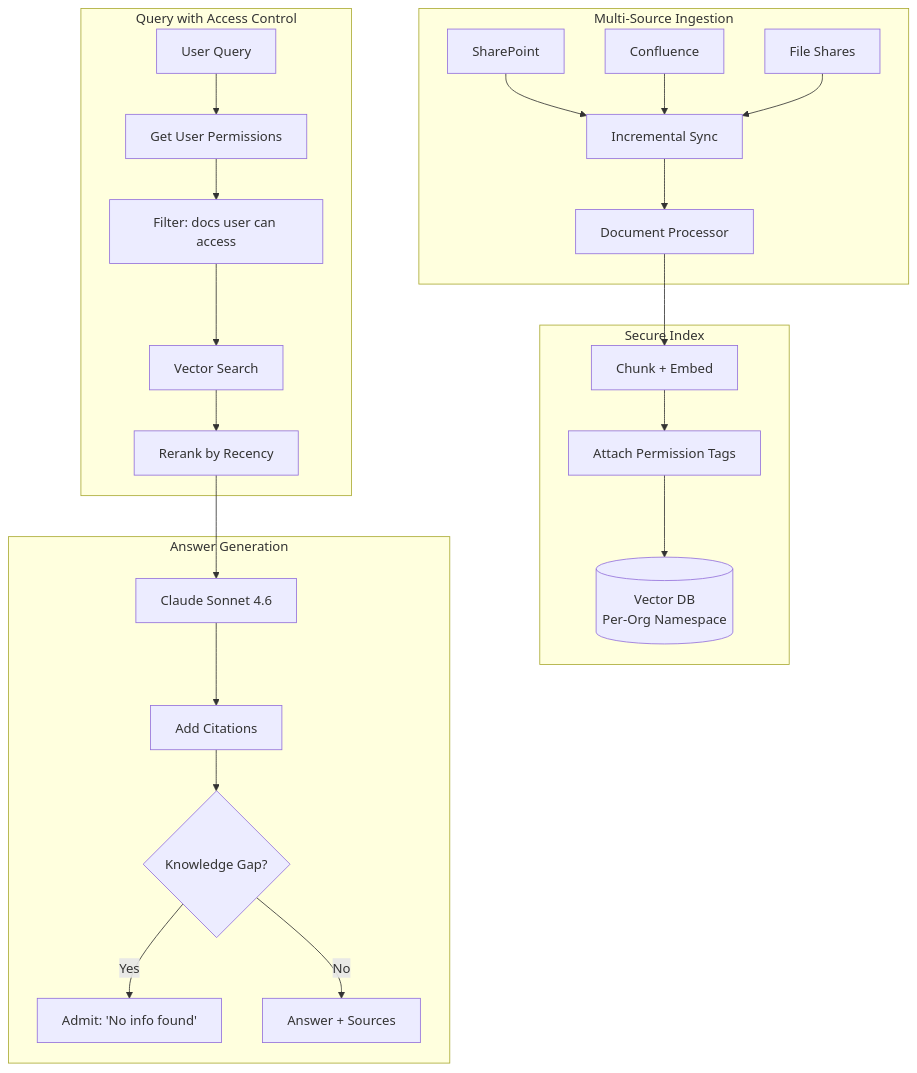
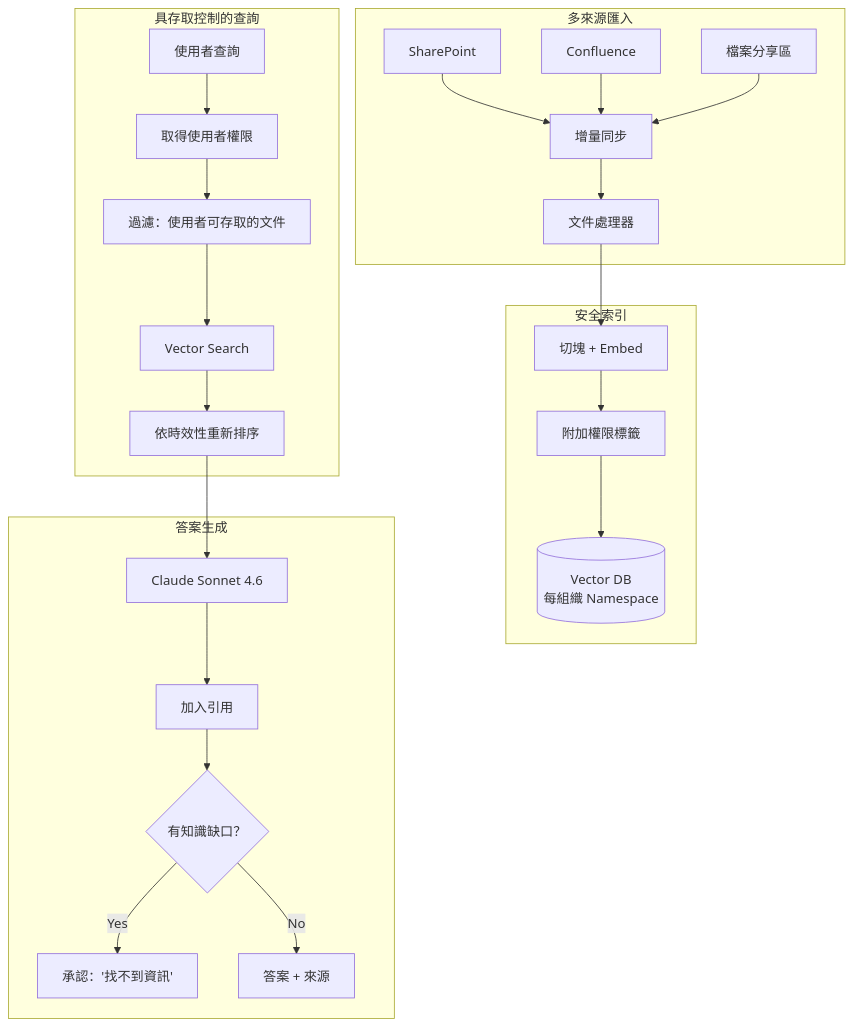
One commit to SidStraw/ai-system-design-guide changed the first of 2 diagrams in 16-case-studies/15-knowledge-management.md. Above: the diagram before and after it, drawn with Mermaid. The commit also changed other lines of this file and 83 other files, not shown here.

````diff
--- a/16-case-studies/15-knowledge-management.md
+++ b/16-case-studies/15-knowledge-management.md
@@ -24,30 +28,30 @@
 ```mermaid
 flowchart TB
-    subgraph Ingest["Multi-Source Ingestion"]
-        SP[SharePoint] --> SYNC[Incremental Sync]
+    subgraph Ingest["多來源匯入"]
+        SP[SharePoint] --> SYNC[增量同步]
         CONF[Confluence] --> SYNC
-        FS[File Shares] --> SYNC
-        SYNC --> PROCESS[Document Processor]
+        FS[檔案分享區] --> SYNC
+        SYNC --> PROCESS[文件處理器]
     end
 
-    subgraph Index["Secure Index"]
-        PROCESS --> CHUNK[Chunk + Embed]
-        CHUNK --> PERMISSIONS[Attach Permission Tags]
-        PERMISSIONS --> VECTOR[(Vector DB<br/>Per-Org Namespace)]
+    subgraph Index["安全索引"]
+        PROCESS --> CHUNK[切塊 + Embed]
+        CHUNK --> PERMISSIONS[附加權限標籤]
+        PERMISSIONS --> VECTOR[(Vector DB<br/>每組織 Namespace)]
     end
 
-    subgraph Query["Query with Access Control"]
-        USER[User Query] --> AUTH[Get User Permissions]
-        AUTH --> FILTER[Filter: docs user can access]
+    subgraph Query["具存取控制的查詢"]
+        USER[使用者查詢] --> AUTH[取得使用者權限]
+        AUTH --> FILTER[過濾：使用者可存取的文件]
         FILTER --> SEARCH[Vector Search]
-        SEARCH --> RERANK[Rerank by Recency]
+        SEARCH --> RERANK[依時效性重新排序]
     end
 
-    subgraph Generate["Answer Generation"]
+    subgraph Generate["答案生成"]
         RERANK --> LLM[Claude Sonnet 4.6]
-        LLM --> CITE[Add Citations]
-        CITE --> GAP{Knowledge Gap?}
-        GAP -->|Yes| ADMIT[Admit: 'No info found']
-        GAP -->|No| ANSWER[Answer + Sources]
+        LLM --> CITE[加入引用]
+        CITE --> GAP{有知識缺口？}
+        GAP -->|Yes| ADMIT[承認：'找不到資訊']
+        GAP -->|No| ANSWER[答案 + 來源]
     end
 ```
````
